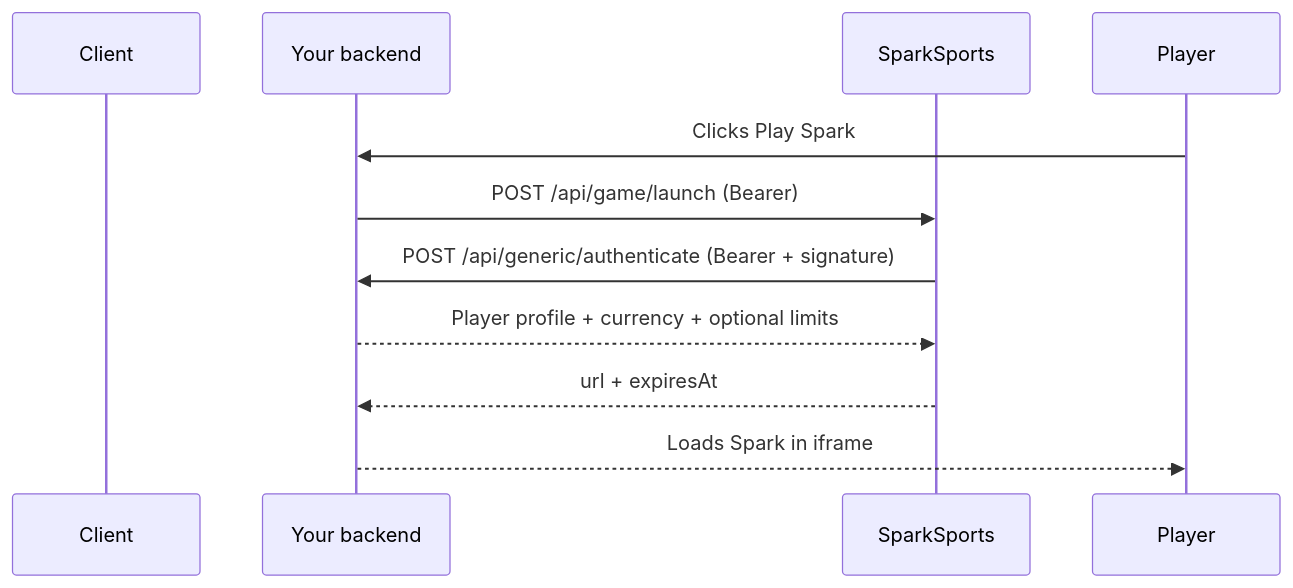
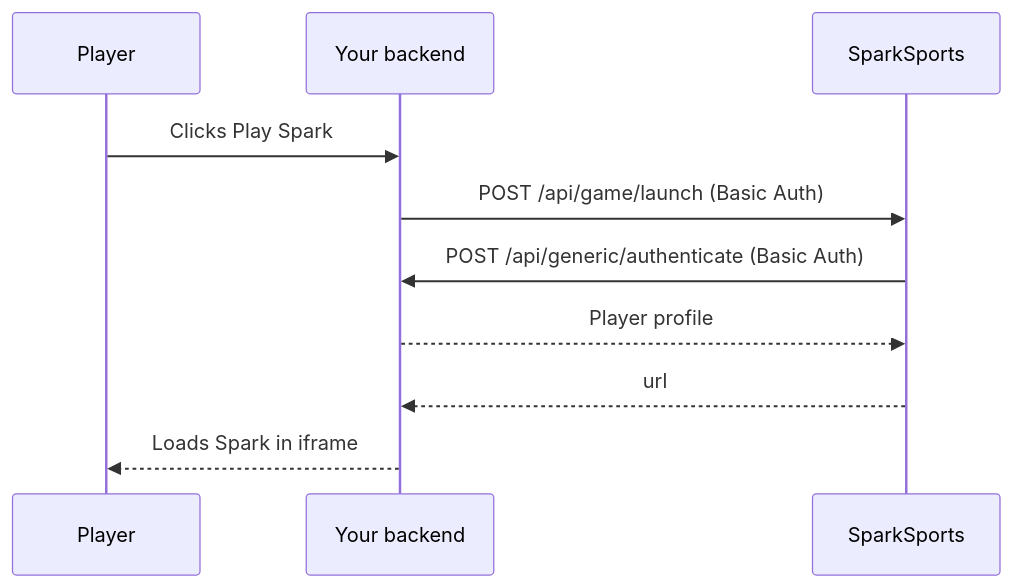
The first of 2 diagrams in content/docs/how-it-works.mdx (SparkSports-ai/integration-docs), drawn with Mermaid before and after one commit. The commit also changed other lines of this file and 24 other files, not shown here.

````diff
--- a/content/docs/how-it-works.mdx
+++ b/content/docs/how-it-works.mdx
@@ -21,12 +30,12 @@
 ```mermaid
 sequenceDiagram
-    participant Client
+    participant Player
     participant Backend as Your backend
     participant Spark as SparkSports
     Player->>Backend: Clicks Play Spark
-    Backend->>Spark: POST /api/game/launch (Bearer)
-    Spark->>Backend: POST /api/generic/authenticate (Bearer + signature)
-    Backend-->>Spark: Player profile + currency + optional limits
-    Spark-->>Backend: url + expiresAt
+    Backend->>Spark: POST /api/game/launch (Basic Auth)
+    Spark->>Backend: POST /api/generic/authenticate (Basic Auth)
+    Backend-->>Spark: Player profile
+    Spark-->>Backend: url
     Backend-->>Player: Loads Spark in iframe
 ```
````
